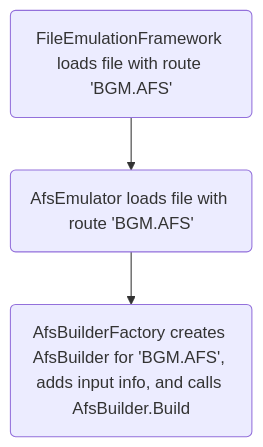
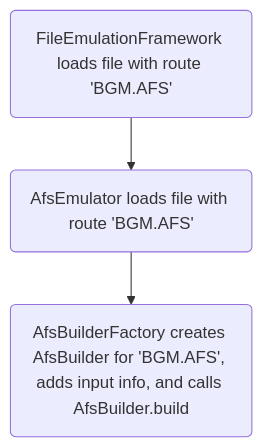
One commit to Reloaded-Project/Reloaded-III changed the second of 2 diagrams in docs/Mods/Essentials/File-Emulation-Framework/Emulator-Development/Implementing-Emulator.md. Above: the diagram before and after it, drawn with Mermaid. The commit also changed other lines of this file, not shown here.

````diff
--- a/docs/Mods/Essentials/File-Emulation-Framework/Emulator-Development/Implementing-Emulator.md
+++ b/docs/Mods/Essentials/File-Emulation-Framework/Emulator-Development/Implementing-Emulator.md
@@ -86,6 +86,6 @@
 ```mermaid
 flowchart TD
     A(FileEmulationFramework loads file with route 'BGM.AFS')
     A --> B(AfsEmulator loads file with route 'BGM.AFS')
-    B --> C(AfsBuilderFactory creates AfsBuilder for 'BGM.AFS', adds input info, and calls AfsBuilder.Build)
+    B --> C(AfsBuilderFactory creates AfsBuilder for 'BGM.AFS', adds input info, and calls AfsBuilder.build)
 ```
````
